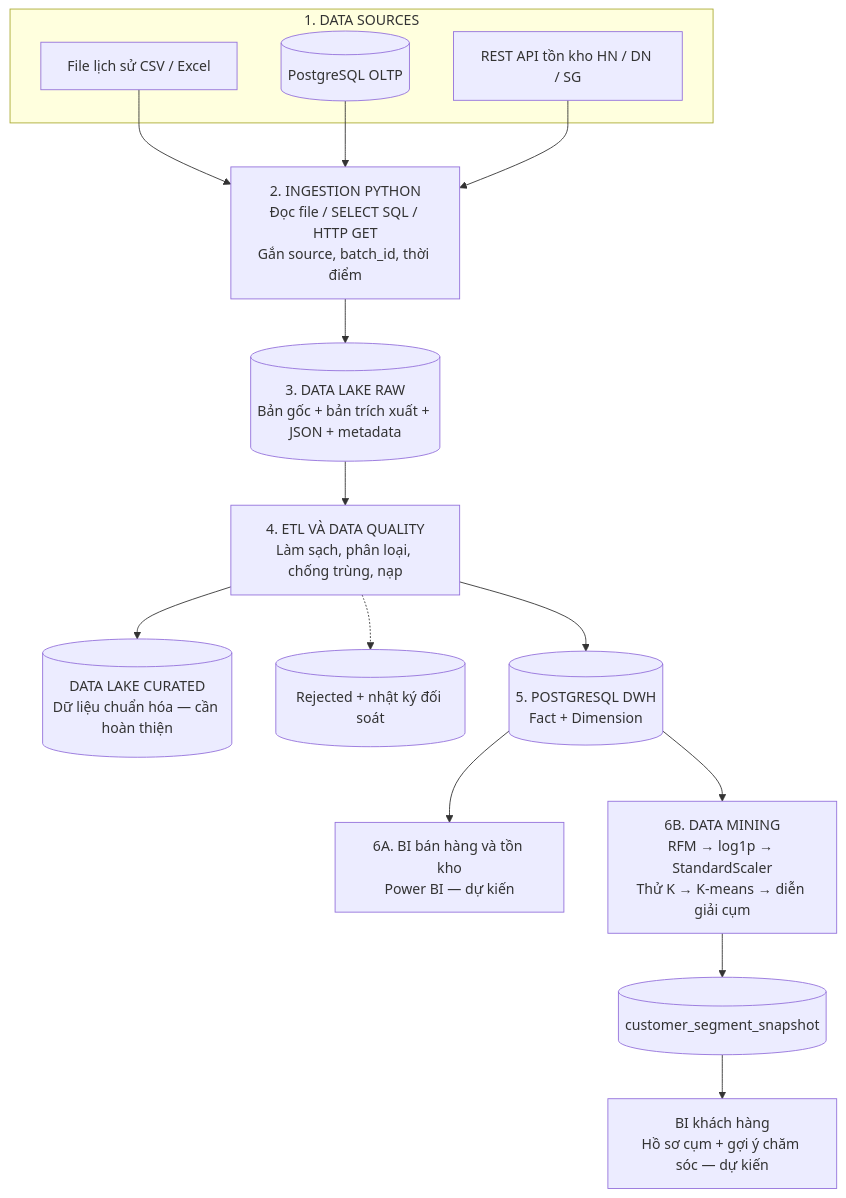
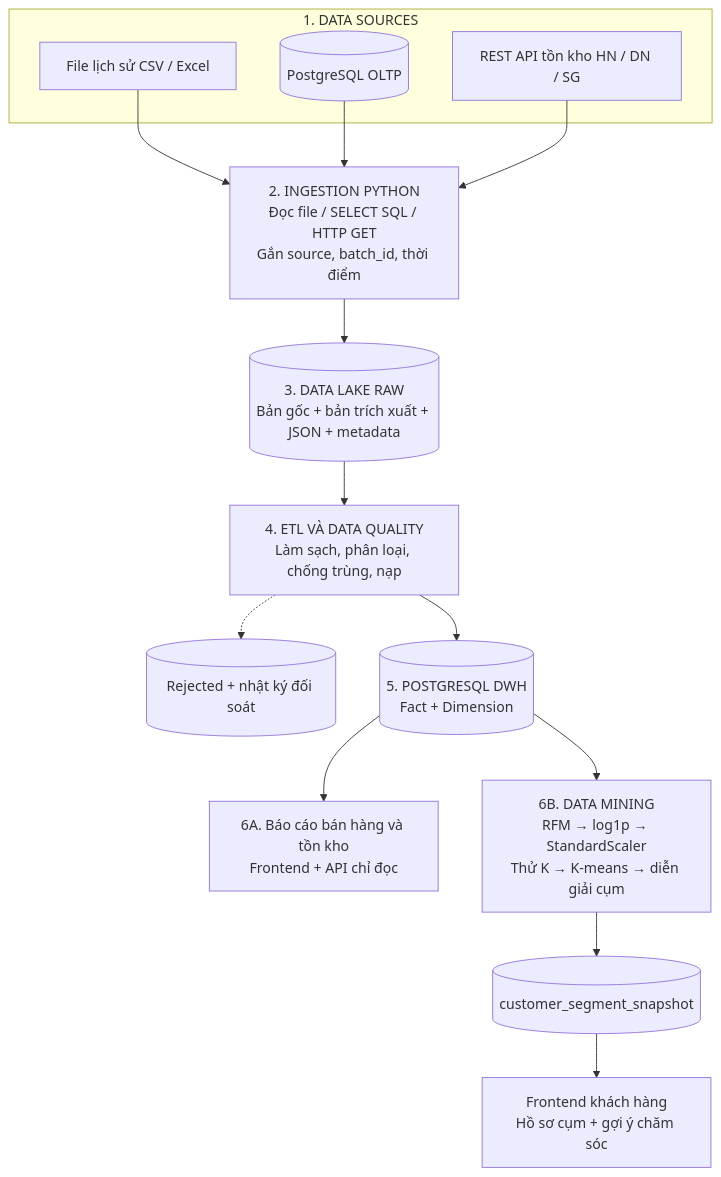
Before and after one commit to VIENDANBACK5/RetailPulse: the first of 6 diagrams in SYSTEM_ARCHITECTURE_DRAWIO_SPEC.md, drawn with Mermaid. The commit also changed other lines of this file and 76 other files, not shown here.

````diff
--- a/SYSTEM_ARCHITECTURE_DRAWIO_SPEC.md
+++ b/SYSTEM_ARCHITECTURE_DRAWIO_SPEC.md
@@ -69,27 +69,25 @@
 ```mermaid
 flowchart TD
     subgraph SOURCES["1. DATA SOURCES"]
         FILE["File lịch sử CSV / Excel"]
         OLTP[("PostgreSQL OLTP")]
         API["REST API tồn kho HN / DN / SG"]
     end
     INGEST["2. INGESTION PYTHON<br/>Đọc file / SELECT SQL / HTTP GET<br/>Gắn source, batch_id, thời điểm"]
     RAW[("3. DATA LAKE RAW<br/>Bản gốc + bản trích xuất + JSON + metadata")]
     ETL["4. ETL VÀ DATA QUALITY<br/>Làm sạch, phân loại, chống trùng, nạp"]
-    CURATED[("DATA LAKE CURATED<br/>Dữ liệu chuẩn hóa — cần hoàn thiện")]
     AUDIT[("Rejected + nhật ký đối soát")]
     DWH[("5. POSTGRESQL DWH<br/>Fact + Dimension")]
-    REPORT["6A. BI bán hàng và tồn kho<br/>Power BI — dự kiến"]
+    REPORT["6A. Báo cáo bán hàng và tồn kho<br/>Frontend + API chỉ đọc"]
     RFM["6B. DATA MINING<br/>RFM → log1p → StandardScaler<br/>Thử K → K-means → diễn giải cụm"]
     SEG[("customer_segment_snapshot")]
-    CUSTOMER_BI["BI khách hàng<br/>Hồ sơ cụm + gợi ý chăm sóc — dự kiến"]
+    CUSTOMER_BI["Frontend khách hàng<br/>Hồ sơ cụm + gợi ý chăm sóc"]
     FILE --> INGEST
     OLTP --> INGEST
     API --> INGEST
     INGEST --> RAW --> ETL
-    ETL --> CURATED
     ETL --> DWH
     ETL -.-> AUDIT
     DWH --> REPORT
     DWH --> RFM --> SEG --> CUSTOMER_BI
 ```
````
